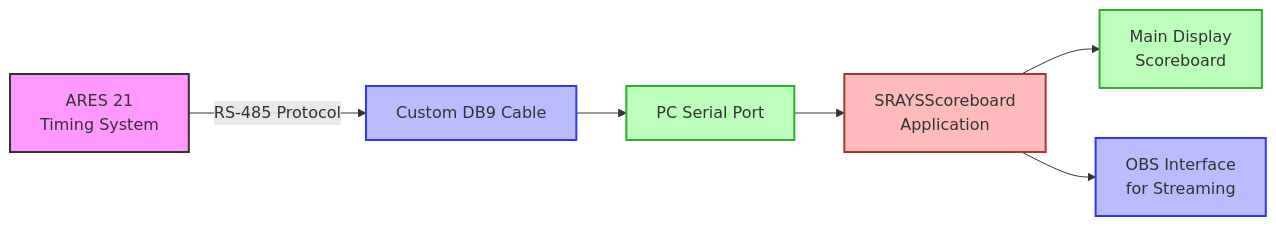
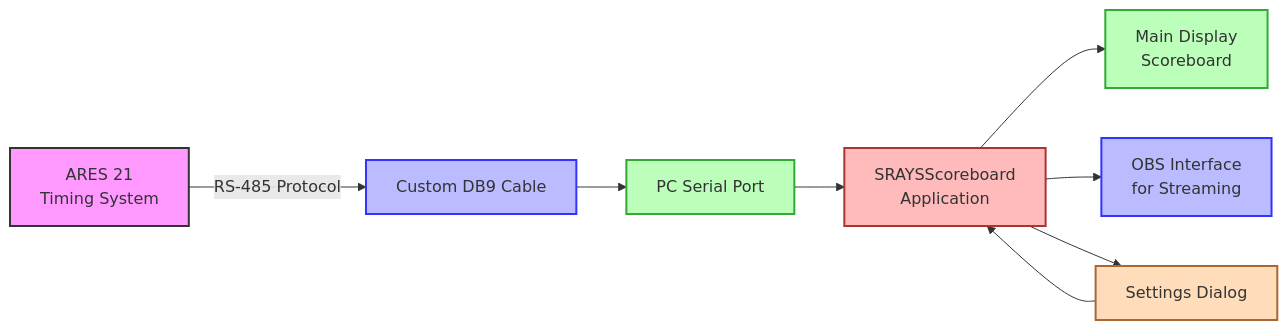
One commit to fvishram/SRAYSScoreboard changed the first of 2 diagrams in README.md. Above: the diagram before and after it, drawn with Mermaid. The commit also changed other lines of this file and 4 other files, not shown here.

Commit message:
Update documentation to reflect externalized settings UI and add detailed DB9 connector pin layout diagrams

````diff
--- a/README.md
+++ b/README.md
@@ -15,15 +15,22 @@
 ```mermaid
 flowchart LR
-    A[ARES 21\nTiming System] -->|RS-485 Protocol| B[Custom DB9 Cable]
-    B --> C[PC Serial Port]
-    C --> D[SRAYSScoreboard\nApplication]
-    D --> E[Main Display\nScoreboard]
-    D --> F[OBS Interface\nfor Streaming]
+    A["ARES 21
+    Timing System"] -->|RS-485 Protocol| B["Custom DB9 Cable"]
+    B --> C["PC Serial Port"]
+    C --> D["SRAYSScoreboard
+    Application"]
+    D --> E["Main Display
+    Scoreboard"]
+    D --> F["OBS Interface
+    for Streaming"]
+    D --> G["Settings Dialog"]
+    G --> D
     
     style A fill:#f9f,stroke:#333,stroke-width:2px
     style B fill:#bbf,stroke:#33f,stroke-width:2px
     style C fill:#bfb,stroke:#3a3,stroke-width:2px
     style D fill:#fbb,stroke:#a33,stroke-width:2px
     style E fill:#bfb,stroke:#3a3,stroke-width:2px
     style F fill:#bbf,stroke:#33f,stroke-width:2px
+    style G fill:#fdb,stroke:#a63,stroke-width:2px
 ```
````
